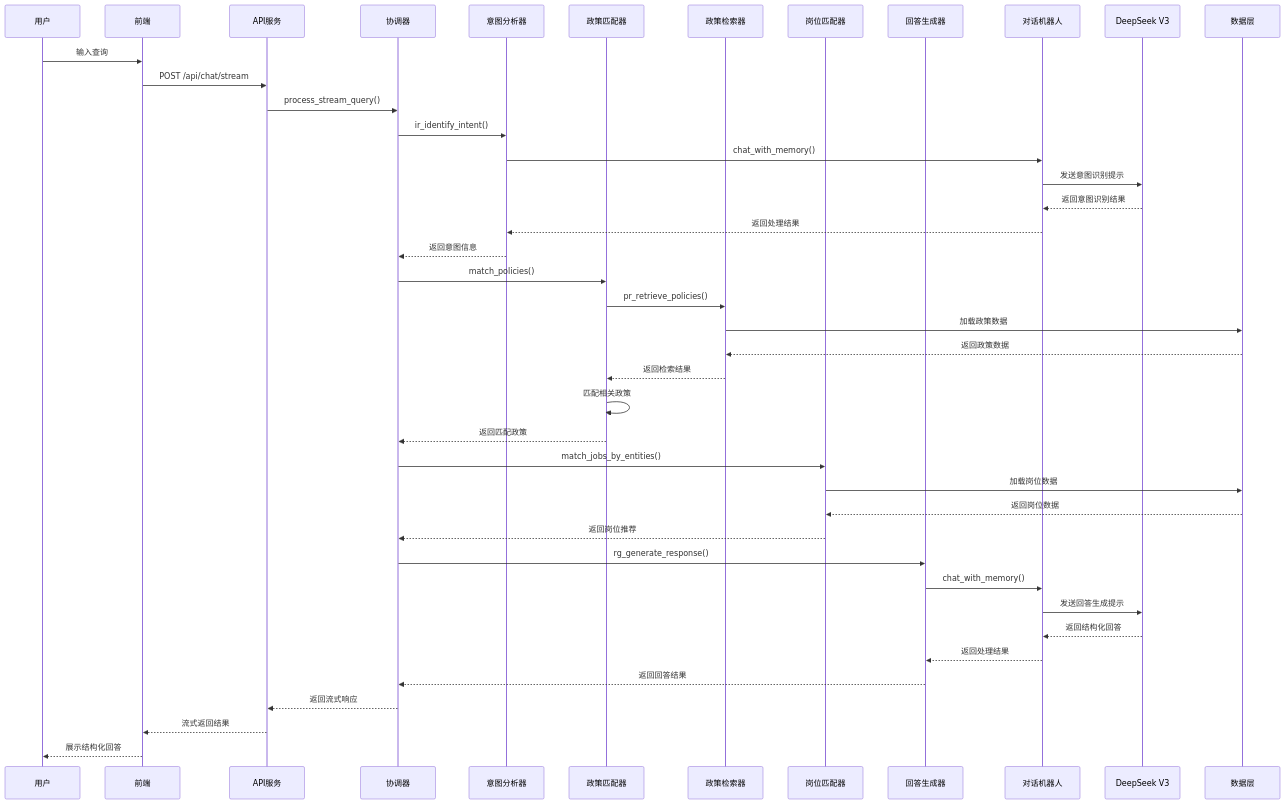
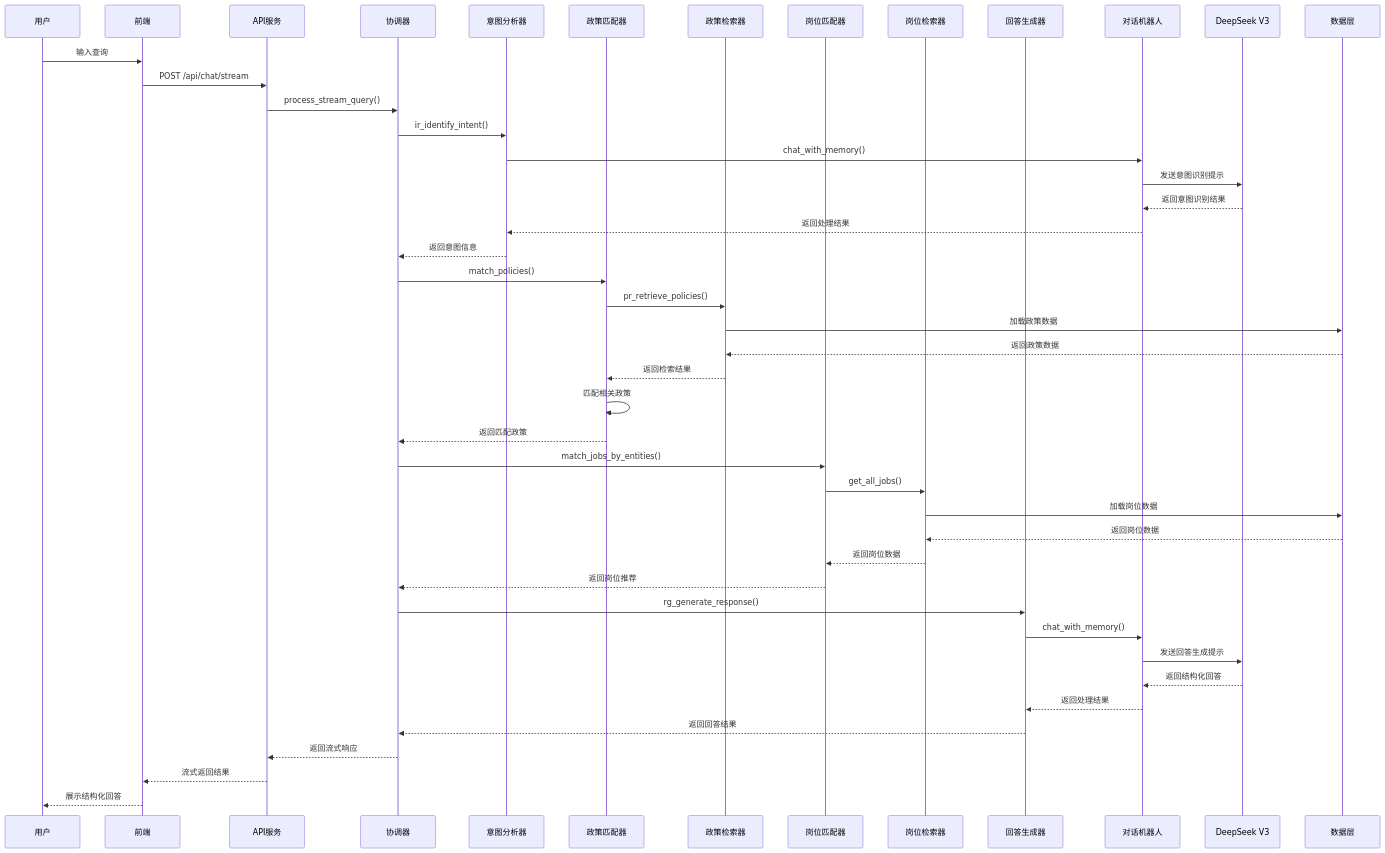
The first of 2 diagrams in doc/04_工程过程/03_系统设计/01_概要设计/project_architecture_plan.md (tianyong0618/policiespoc), drawn with Mermaid before and after one commit. The commit also changed other lines of this file and 4 other files, not shown here.

````diff
--- a/doc/04_工程过程/03_系统设计/01_概要设计/project_architecture_plan.md
+++ b/doc/04_工程过程/03_系统设计/01_概要设计/project_architecture_plan.md
@@ -109,49 +109,52 @@
 ```mermaid
 sequenceDiagram
     participant User as 用户
     participant Frontend as 前端
     participant API as API服务
     participant Orchestrator as 协调器
     participant IntentAnalyzer as 意图分析器
     participant PolicyMatcher as 政策匹配器
     participant PolicyRetriever as 政策检索器
     participant JobMatcher as 岗位匹配器
+    participant JobRetriever as 岗位检索器
     participant ResponseGenerator as 回答生成器
     participant ChatBot as 对话机器人
     participant LLM as DeepSeek V3
     participant Data as 数据层
 
     User->>Frontend: 输入查询
     Frontend->>API: POST /api/chat/stream
     API->>Orchestrator: process_stream_query()
     Orchestrator->>IntentAnalyzer: ir_identify_intent()
     IntentAnalyzer->>ChatBot: chat_with_memory()
     
     ChatBot->>LLM: 发送意图识别提示
     LLM-->>ChatBot: 返回意图识别结果
     
     ChatBot-->>IntentAnalyzer: 返回处理结果
     IntentAnalyzer-->>Orchestrator: 返回意图信息
     Orchestrator->>PolicyMatcher: match_policies()
     PolicyMatcher->>PolicyRetriever: pr_retrieve_policies()
     PolicyRetriever->>Data: 加载政策数据
     Data-->>PolicyRetriever: 返回政策数据
     PolicyRetriever-->>PolicyMatcher: 返回检索结果
     PolicyMatcher->>PolicyMatcher: 匹配相关政策
     PolicyMatcher-->>Orchestrator: 返回匹配政策
     Orchestrator->>JobMatcher: match_jobs_by_entities()
-    JobMatcher->>Data: 加载岗位数据
-    Data-->>JobMatcher: 返回岗位数据
+    JobMatcher->>JobRetriever: get_all_jobs()
+    JobRetriever->>Data: 加载岗位数据
+    Data-->>JobRetriever: 返回岗位数据
+    JobRetriever-->>JobMatcher: 返回岗位数据
     JobMatcher-->>Orchestrator: 返回岗位推荐
     Orchestrator->>ResponseGenerator: rg_generate_response()
     ResponseGenerator->>ChatBot: chat_with_memory()
     
     ChatBot->>LLM: 发送回答生成提示
     LLM-->>ChatBot: 返回结构化回答
     
     ChatBot-->>ResponseGenerator: 返回处理结果
     ResponseGenerator-->>Orchestrator: 返回回答结果
     Orchestrator-->>API: 返回流式响应
     API-->>Frontend: 流式返回结果
     Frontend-->>User: 展示结构化回答
 ```
````
